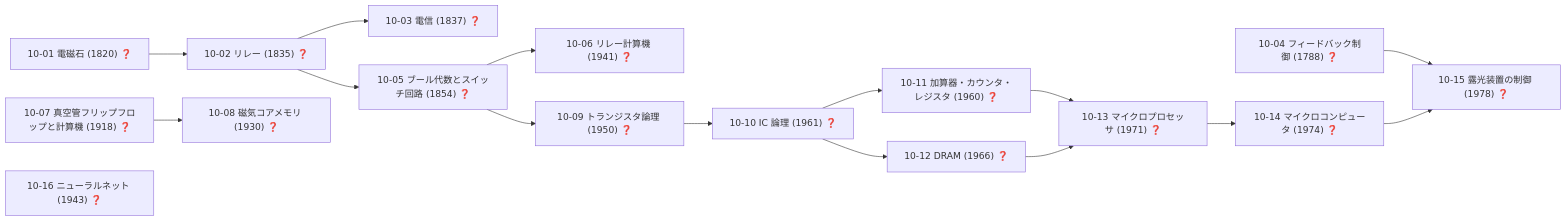
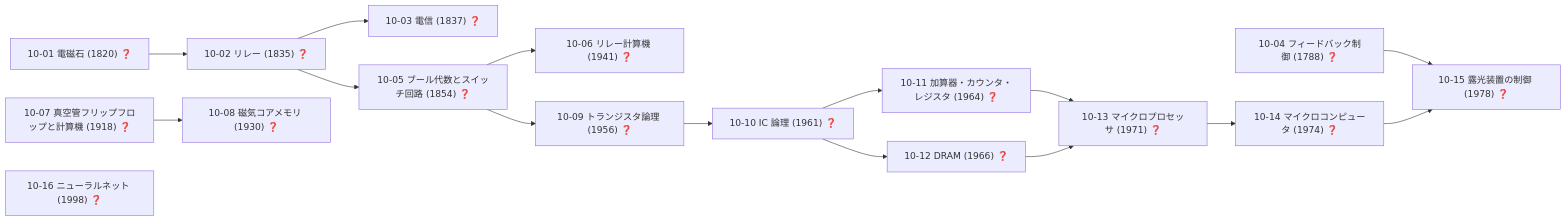
Diagram 13 of 19 in docs/TECH_TREE_VIEW.md (taku3i0317-collab/semiconductor-lab), drawn with Mermaid before and after one commit. The commit also changed other lines of this file and 7 other files, not shown here.

````diff
--- a/docs/TECH_TREE_VIEW.md
+++ b/docs/TECH_TREE_VIEW.md
@@ -635,33 +635,33 @@
 ```mermaid
 graph LR
   n10_01["10-01 電磁石 (1820) ❓"]
   n10_02["10-02 リレー (1835) ❓"]
   n10_03["10-03 電信 (1837) ❓"]
   n10_04["10-04 フィードバック制御 (1788) ❓"]
   n10_05["10-05 ブール代数とスイッチ回路 (1854) ❓"]
   n10_06["10-06 リレー計算機 (1941) ❓"]
   n10_07["10-07 真空管フリップフロップと計算機 (1918) ❓"]
   n10_08["10-08 磁気コアメモリ (1930) ❓"]
-  n10_09["10-09 トランジスタ論理 (1950) ❓"]
+  n10_09["10-09 トランジスタ論理 (1956) ❓"]
   n10_10["10-10 IC 論理 (1961) ❓"]
-  n10_11["10-11 加算器・カウンタ・レジスタ (1960) ❓"]
+  n10_11["10-11 加算器・カウンタ・レジスタ (1964) ❓"]
   n10_12["10-12 DRAM (1966) ❓"]
   n10_13["10-13 マイクロプロセッサ (1971) ❓"]
   n10_14["10-14 マイクロコンピュータ (1974) ❓"]
   n10_15["10-15 露光装置の制御 (1978) ❓"]
-  n10_16["10-16 ニューラルネット (1943) ❓"]
+  n10_16["10-16 ニューラルネット (1998) ❓"]
   n10_01-->n10_02
   n10_02-->n10_03
   n10_02-->n10_05
   n10_05-->n10_06
   n10_07-->n10_08
   n10_05-->n10_09
   n10_09-->n10_10
   n10_10-->n10_11
   n10_10-->n10_12
   n10_11-->n10_13
   n10_12-->n10_13
   n10_13-->n10_14
   n10_04-->n10_15
   n10_14-->n10_15
 ```
````
